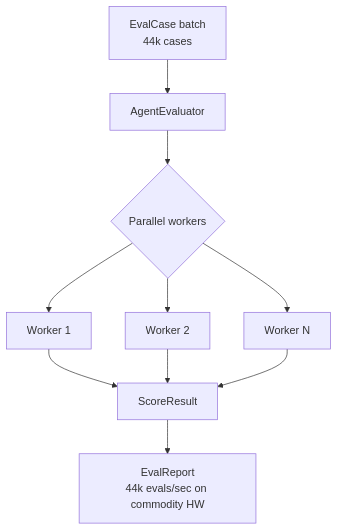
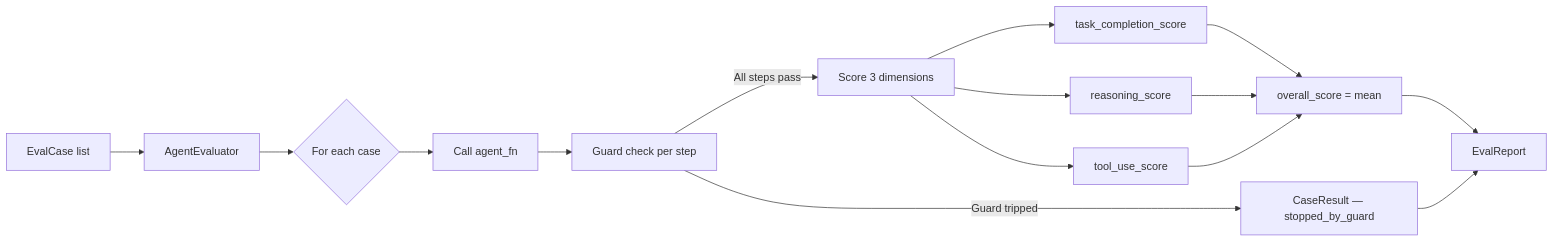
Before and after one commit to darshjme/agent-evals: the first of 2 diagrams in README.md, drawn with Mermaid. The commit also changed other lines of this file and 2 other files, not shown here.

````diff
--- a/README.md
+++ b/README.md
@@ -95,12 +240,15 @@
 ```mermaid
-flowchart TD
-    A[EvalCase batch\n44k cases] --> B[AgentEvaluator]
-    B --> C{Parallel workers}
-    C --> D[Worker 1]
-    C --> E[Worker 2]
-    C --> F[Worker N]
-    D --> G[ScoreResult]
-    E --> G
-    F --> G
-    G --> H[EvalReport\n44k evals/sec on commodity HW]
+flowchart LR
+    A[EvalCase list] --> B[AgentEvaluator]
+    B --> C{For each case}
+    C --> D[Call agent_fn]
+    D --> E[Guard check per step]
+    E -->|Guard tripped| F[CaseResult — stopped_by_guard]
+    E -->|All steps pass| G[Score 3 dimensions]
+    G --> H[task_completion_score]
+    G --> I[reasoning_score]
+    G --> J[tool_use_score]
+    H & I & J --> K[overall_score = mean]
+    K --> L[EvalReport]
+    F --> L
 ```
````
